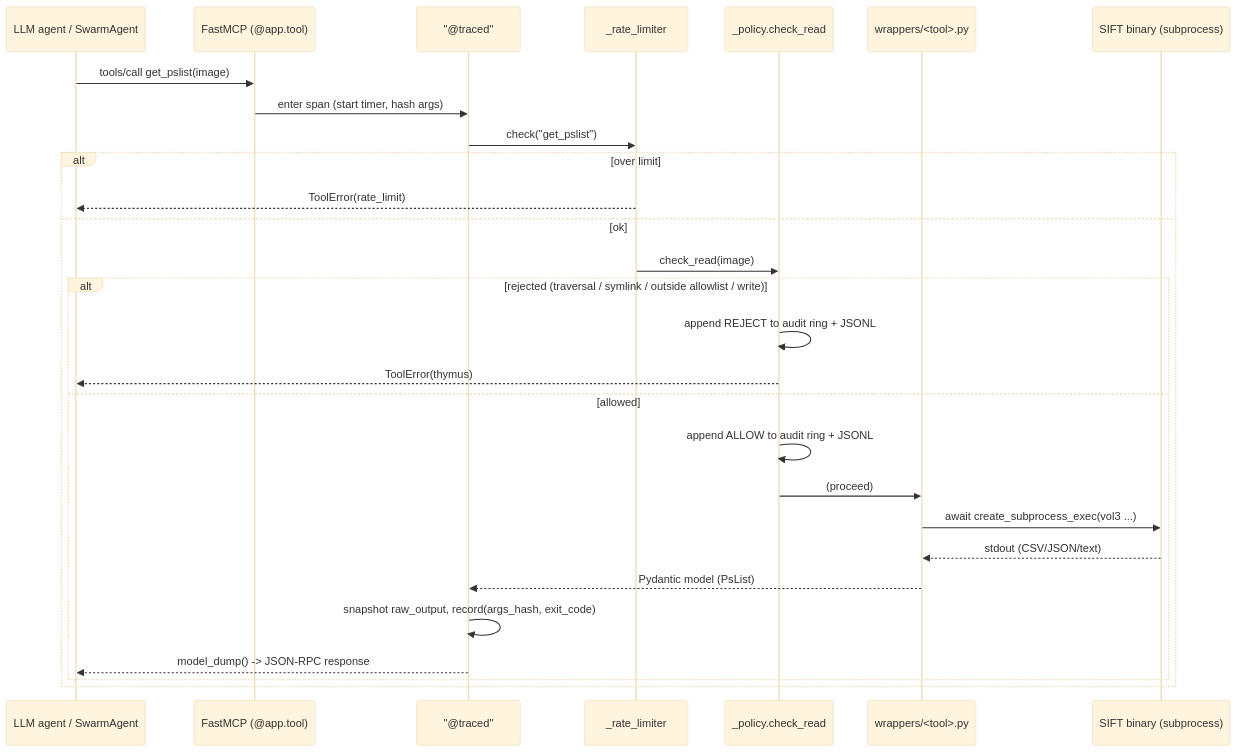
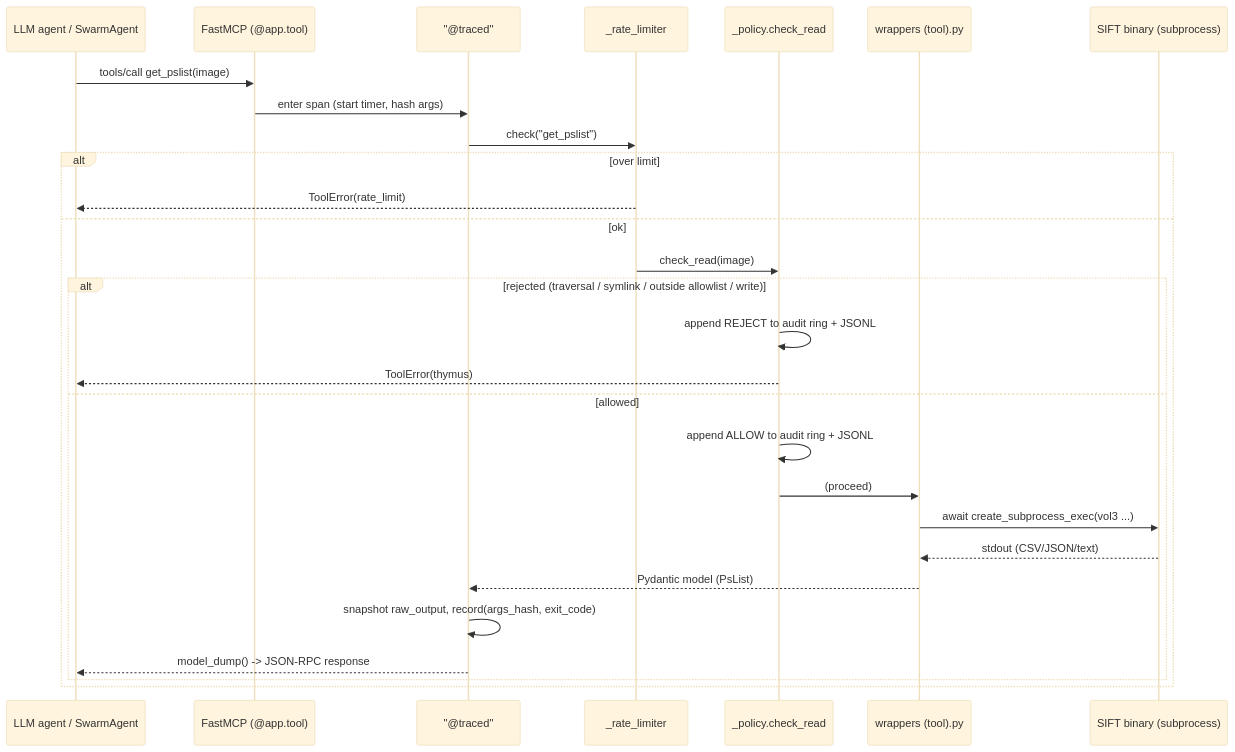
One commit to galvangabriel-web/agentropix-mcp changed the second of 6 diagrams in docs/02-architecture/sequence-diagrams.md. Above: the diagram before and after it, drawn with Mermaid (base theme). The commit also changed other lines of this file and 103 other files, not shown here.

````diff
--- a/docs/02-architecture/sequence-diagrams.md
+++ b/docs/02-architecture/sequence-diagrams.md
@@ -90,31 +90,31 @@
 ```mermaid
 sequenceDiagram
     participant Agent as LLM agent / SwarmAgent
     participant App as FastMCP (@app.tool)
     participant Traced as "@traced"
     participant RL as _rate_limiter
     participant Thymus as _policy.check_read
-    participant Wrap as wrappers/<tool>.py
+    participant Wrap as wrappers (tool).py
     participant Bin as SIFT binary (subprocess)
 
     Agent->>App: tools/call get_pslist(image)
     App->>Traced: enter span (start timer, hash args)
     Traced->>RL: check("get_pslist")
     alt over limit
         RL-->>Agent: ToolError(rate_limit)
     else ok
         RL->>Thymus: check_read(image)
         alt rejected (traversal / symlink / outside allowlist / write)
             Thymus->>Thymus: append REJECT to audit ring + JSONL
             Thymus-->>Agent: ToolError(thymus)
         else allowed
             Thymus->>Thymus: append ALLOW to audit ring + JSONL
             Thymus->>Wrap: (proceed)
             Wrap->>Bin: await create_subprocess_exec(vol3 ...)
             Bin-->>Wrap: stdout (CSV/JSON/text)
             Wrap-->>Traced: Pydantic model (PsList)
             Traced->>Traced: snapshot raw_output, record(args_hash, exit_code)
             Traced-->>Agent: model_dump() -> JSON-RPC response
         end
     end
 ```
````
